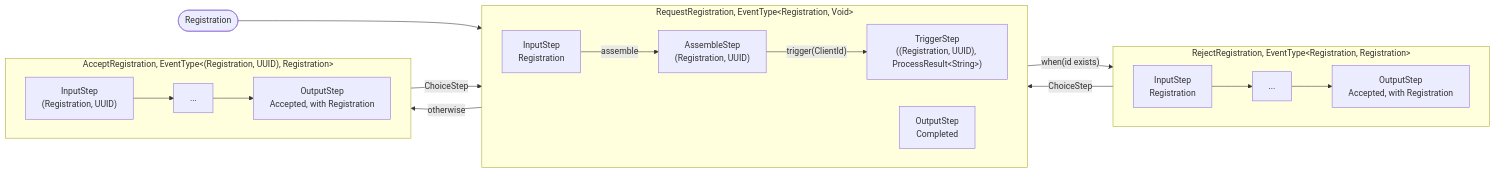
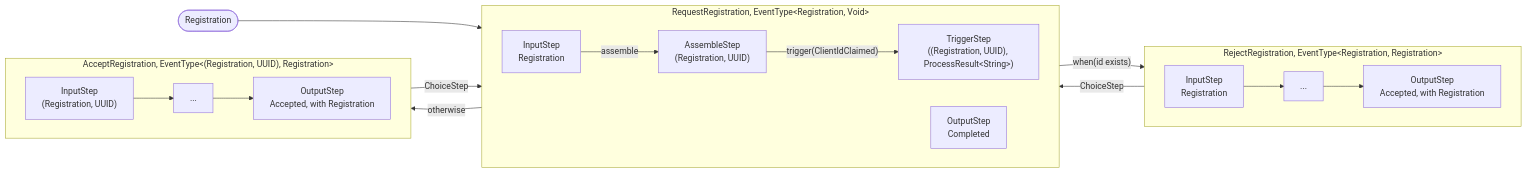
One commit to the-backend-project/tits changed the third of 3 diagrams in docs/transition-models.md. Above: the diagram before and after it, drawn with Mermaid. The commit also changed other lines of this file and 45 other files, not shown here.

````diff
--- a/docs/transition-models.md
+++ b/docs/transition-models.md
@@ -164,22 +164,22 @@
 ```mermaid
 flowchart LR
     in(["Registration"]) --> i1
     subgraph request ["RequestRegistration, EventType#lt;Registration, Void#gt;"]
         direction LR
         i1["InputStep<br>Registration"] -- "assemble" --> a1["AssembleStep<br>(Registration, UUID)"]
-        a1 -- "trigger(ClientId)" --> t1["TriggerStep<br>((Registration, UUID), ProcessResult#lt;String#gt;)"]
+        a1 -- "trigger(ClientIdClaimed)" --> t1["TriggerStep<br>((Registration, UUID), ProcessResult#lt;String#gt;)"]
         o1["OutputStep<br>Completed"]
     end
     subgraph reject ["RejectRegistration, EventType#lt;Registration, Registration#gt;"]
         direction LR
         r1["InputStep<br>Registration"] --> r2["..."] --> r3["OutputStep<br>Accepted, with Registration"]
     end
     subgraph accept ["AcceptRegistration, EventType#lt;(Registration, UUID), Registration#gt;"]
         direction LR
         c1["InputStep<br>(Registration, UUID)"] --> c2["..."] --> c3["OutputStep<br>Accepted, with Registration"]
     end
     t1 -- "when(id exists)" --> r1
     t1 -- "otherwise" --> c1
     r3 -- "ChoiceStep" --> o1
     c3 -- "ChoiceStep" --> o1
 ```
````
